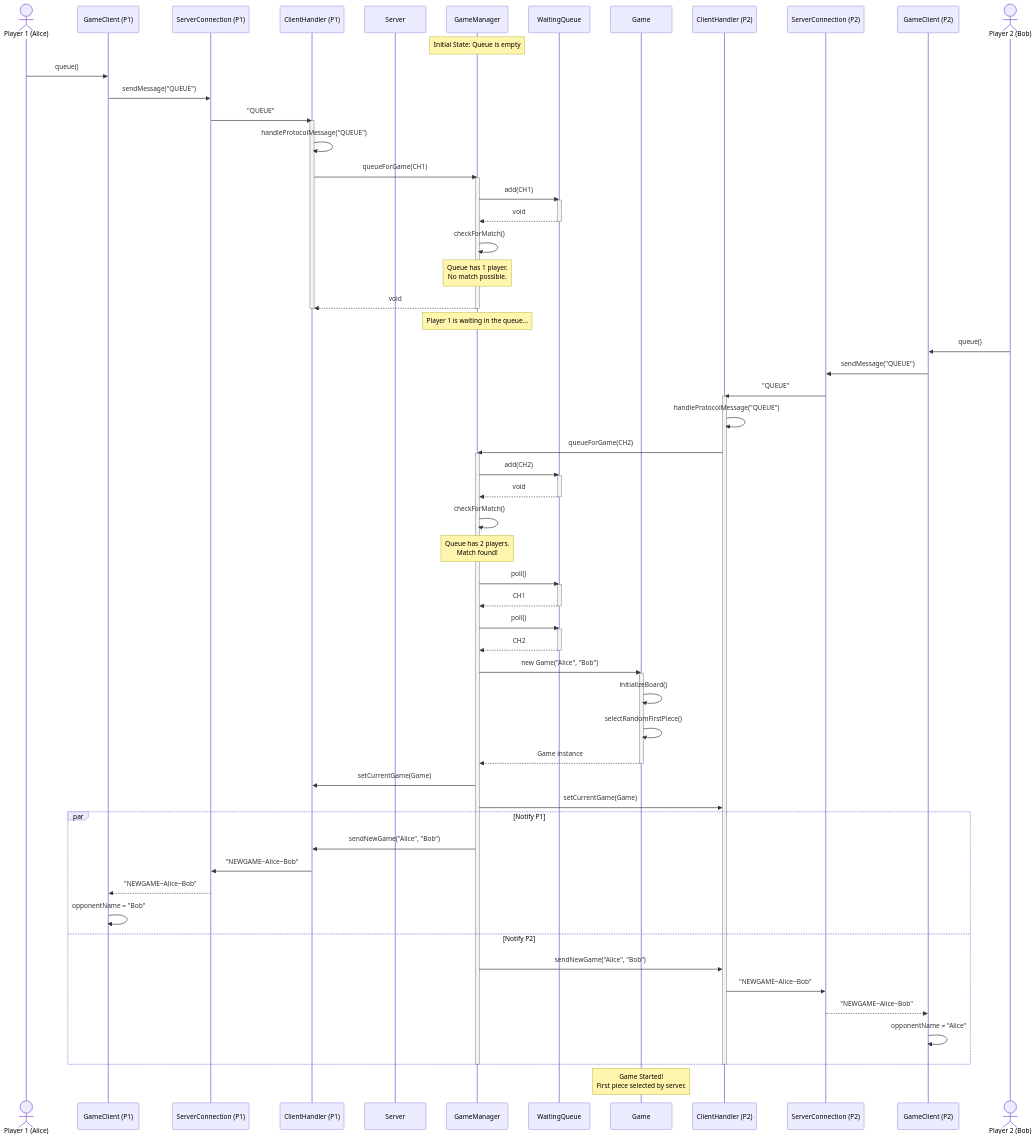
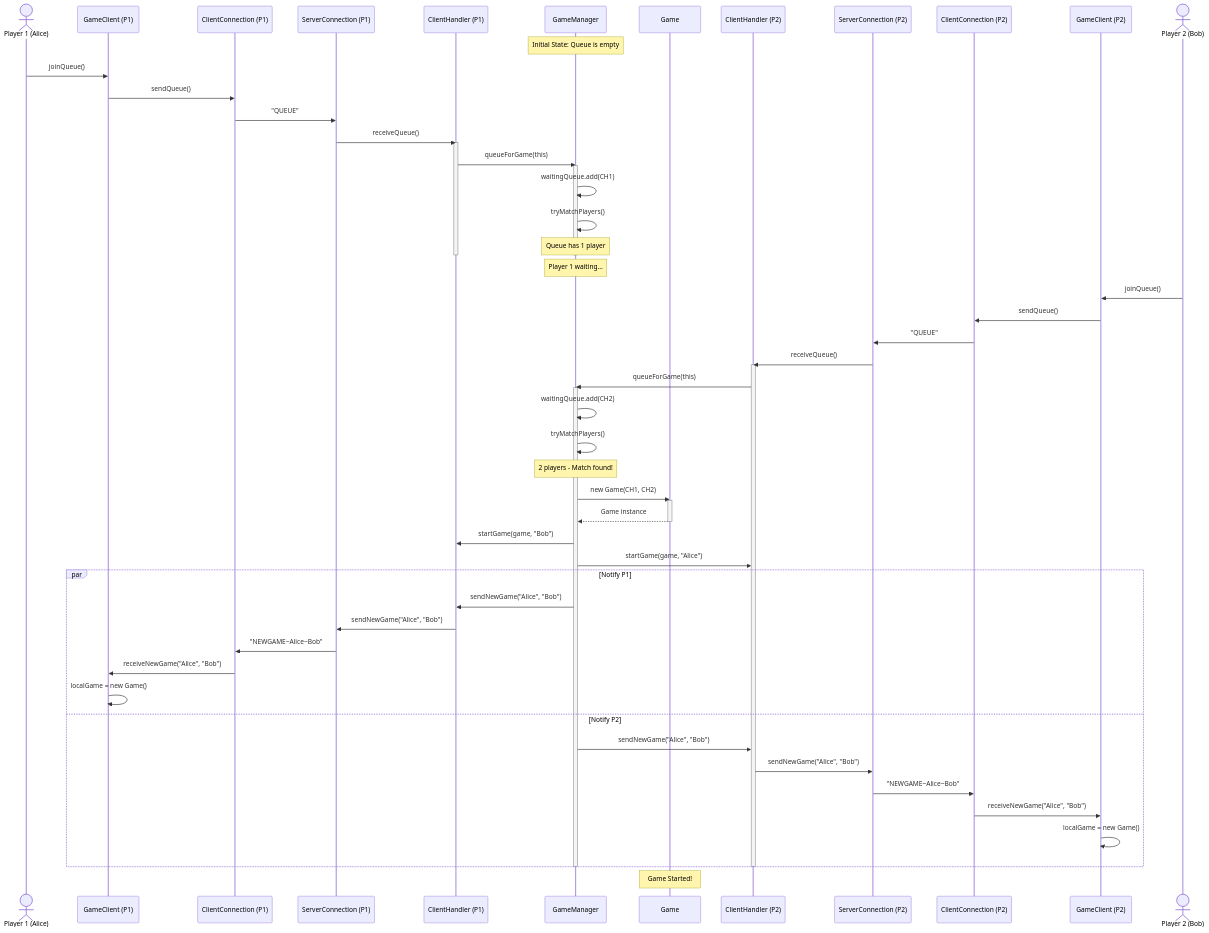
Before and after one commit to ramzxy/quarto: the second of 5 diagrams in Diagrams/Sequence Diagram/sequence_diagram.md, drawn with Mermaid. The commit also changed other lines of this file and 13 other files, not shown here.

````diff
--- a/Diagrams/Sequence Diagram/sequence_diagram.md
+++ b/Diagrams/Sequence Diagram/sequence_diagram.md
@@ -67,86 +78,69 @@
 sequenceDiagram
     actor P1 as Player 1 (Alice)
     participant GC1 as GameClient (P1)
-    participant Conn1 as ServerConnection (P1)
+    participant CC1 as ClientConnection (P1)
+    participant SC1 as ServerConnection (P1)
     participant CH1 as ClientHandler (P1)
-    participant S as Server
     participant GM as GameManager
-    participant Q as WaitingQueue
     participant Game as Game
     participant CH2 as ClientHandler (P2)
-    participant Conn2 as ServerConnection (P2)
+    participant SC2 as ServerConnection (P2)
+    participant CC2 as ClientConnection (P2)
     participant GC2 as GameClient (P2)
     actor P2 as Player 2 (Bob)
 
     Note over GM: Initial State: Queue is empty
 
-    P1->>GC1: queue()
-    GC1->>Conn1: sendMessage("QUEUE")
-    Conn1->>CH1: "QUEUE"
+    P1->>GC1: joinQueue()
+    GC1->>CC1: sendQueue()
+    CC1->>SC1: "QUEUE"
+    SC1->>CH1: receiveQueue()
     activate CH1
-    CH1->>CH1: handleProtocolMessage("QUEUE")
-    CH1->>GM: queueForGame(CH1)
+    CH1->>GM: queueForGame(this)
     activate GM
-    GM->>Q: add(CH1)
-    activate Q
-    Q-->>GM: void
-    deactivate Q
-    GM->>GM: checkForMatch()
-    Note over GM: Queue has 1 player.<br/>No match possible.
-    GM-->>CH1: void
+    GM->>GM: waitingQueue.add(CH1)
+    GM->>GM: tryMatchPlayers()
+    Note over GM: Queue has 1 player
     deactivate GM
     deactivate CH1
 
-    Note over GM: Player 1 is waiting in the queue...
+    Note over GM: Player 1 waiting...
 
-    P2->>GC2: queue()
-    GC2->>Conn2: sendMessage("QUEUE")
-    Conn2->>CH2: "QUEUE"
+    P2->>GC2: joinQueue()
+    GC2->>CC2: sendQueue()
+    CC2->>SC2: "QUEUE"
+    SC2->>CH2: receiveQueue()
     activate CH2
-    CH2->>CH2: handleProtocolMessage("QUEUE")
-    CH2->>GM: queueForGame(CH2)
+    CH2->>GM: queueForGame(this)
     activate GM
-    GM->>Q: add(CH2)
-    activate Q
-    Q-->>GM: void
-    deactivate Q
-    
-    GM->>GM: checkForMatch()
-    Note over GM: Queue has 2 players.<br/>Match found!
-    
-    GM->>Q: poll()
-    activate Q
-    Q-->>GM: CH1
-    deactivate Q
-    GM->>Q: poll()
-    activate Q
-    Q-->>GM: CH2
-    deactivate Q
+    GM->>GM: waitingQueue.add(CH2)
+    GM->>GM: tryMatchPlayers()
+    Note over GM: 2 players - Match found!
 
-    GM->>Game: new Game("Alice", "Bob")
+    GM->>Game: new Game(CH1, CH2)
     activate Game
-    Game->>Game: initializeBoard()
-    Game->>Game: selectRandomFirstPiece()
     Game-->>GM: Game instance
     deactivate Game
 
-    GM->>CH1: setCurrentGame(Game)
-    GM->>CH2: setCurrentGame(Game)
-    
+    GM->>CH1: startGame(game, "Bob")
+    GM->>CH2: startGame(game, "Alice")
+
     par Notify P1
         GM->>CH1: sendNewGame("Alice", "Bob")
-        CH1->>Conn1: "NEWGAME~Alice~Bob"
-        Conn1-->>GC1: "NEWGAME~Alice~Bob"
-        GC1->>GC1: opponentName = "Bob"
+        CH1->>SC1: sendNewGame("Alice", "Bob")
+        SC1->>CC1: "NEWGAME~Alice~Bob"
+        CC1->>GC1: receiveNewGame("Alice", "Bob")
+        GC1->>GC1: localGame = new Game()
     and Notify P2
         GM->>CH2: sendNewGame("Alice", "Bob")
-        CH2->>Conn2: "NEWGAME~Alice~Bob"
-        Conn2-->>GC2: "NEWGAME~Alice~Bob"
-        GC2->>GC2: opponentName = "Alice"
+        CH2->>SC2: sendNewGame("Alice", "Bob")
+        SC2->>CC2: "NEWGAME~Alice~Bob"
+        CC2->>GC2: receiveNewGame("Alice", "Bob")
+        GC2->>GC2: localGame = new Game()
     end
-    
+
     deactivate GM
     deactivate CH2
 
-    Note over Game: Game Started!<br/>First piece selected by server.
+    Note over Game: Game Started!
 ```
````
